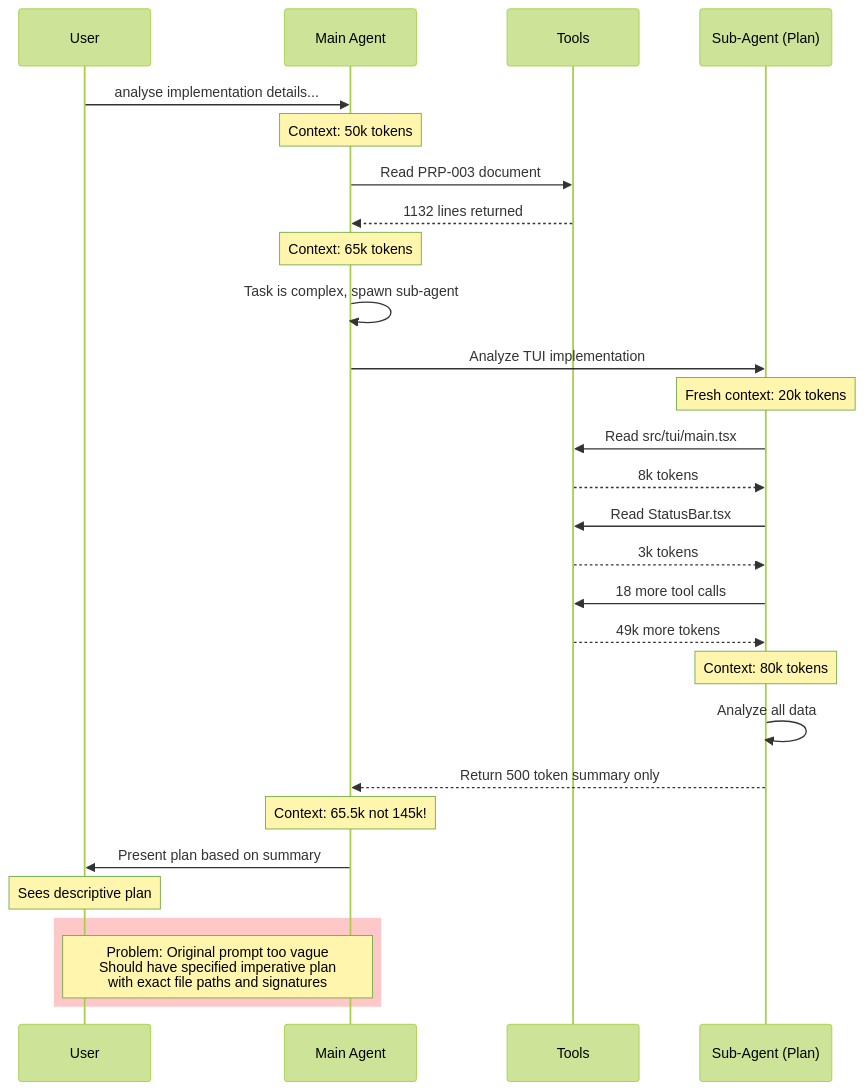
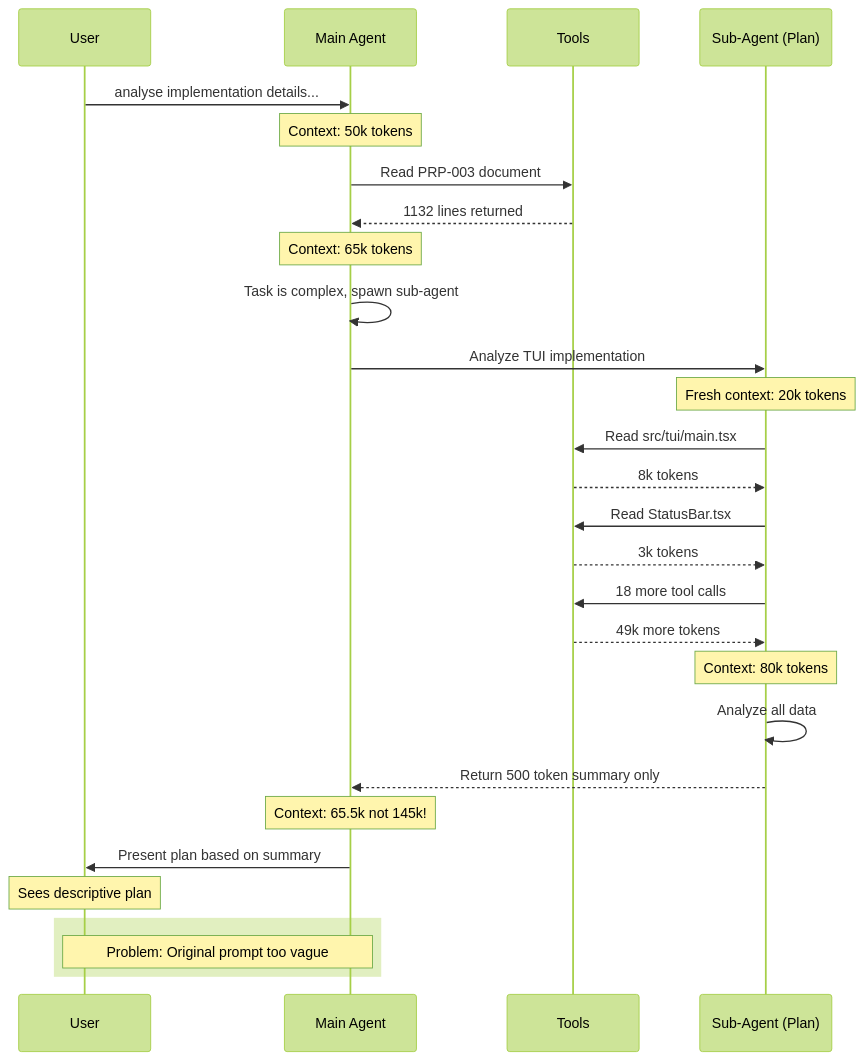
The second of 3 diagrams in docs/02_context.md (uz0/llm), drawn with Mermaid (forest theme) before and after one commit. The commit also changed other lines of this file and 41 other files, not shown here.

Commit message:
Comprehensive Fixes: Dark Theme, Mermaid Support & Analytics (#1, #8, #9) (#10)

````diff
--- a/docs/02_context.md
+++ b/docs/02_context.md
@@ -94,37 +100,37 @@
 ```mermaid
 sequenceDiagram
-    participant U as User
-    participant M as Main Agent
-    participant T as Tools
-    participant S as Sub-Agent (Plan)
+   participant U as User
+   participant M as Main Agent
+   participant T as Tools
+   participant S as Sub-Agent (Plan)
 
-    U->>M: analyse implementation details...
-    Note over M: Context: 50k tokens
+   U->>M: analyse implementation details...
+   Note over M: Context: 50k tokens
 
-    M->>T: Read PRP-003 document
-    T-->>M: 1132 lines returned
-    Note over M: Context: 65k tokens
+   M->>T: Read PRP-003 document
+   T-->>M: 1132 lines returned
+   Note over M: Context: 65k tokens
 
-    M->>M: Task is complex, spawn sub-agent
-    M->>S: Analyze TUI implementation
-    Note over S: Fresh context: 20k tokens
+   M->>M: Task is complex, spawn sub-agent
+   M->>S: Analyze TUI implementation
+   Note over S: Fresh context: 20k tokens
 
-    S->>T: Read src/tui/main.tsx
-    T-->>S: 8k tokens
-    S->>T: Read StatusBar.tsx
-    T-->>S: 3k tokens
-    S->>T: 18 more tool calls
-    T-->>S: 49k more tokens
-    Note over S: Context: 80k tokens
+   S->>T: Read src/tui/main.tsx
+   T-->>S: 8k tokens
+   S->>T: Read StatusBar.tsx
+   T-->>S: 3k tokens
+   S->>T: 18 more tool calls
+   T-->>S: 49k more tokens
+   Note over S: Context: 80k tokens
 
-    S->>S: Analyze all data
-    S-->>M: Return 500 token summary only
-    Note over M: Context: 65.5k not 145k!
+   S->>S: Analyze all data
+   S-->>M: Return 500 token summary only
+   Note over M: Context: 65.5k not 145k!
 
-    M->>U: Present plan based on summary
-    Note over U: Sees descriptive plan
+   M->>U: Present plan based on summary
+   Note over U: Sees descriptive plan
 
-    rect rgb(255, 200, 200)
-    Note over U,M: Problem: Original prompt too vague<br/>Should have specified imperative plan<br/>with exact file paths and signatures
-    end
+   rect
+   Note over U,M: Problem: Original prompt too vague
+   end
 ```
````
